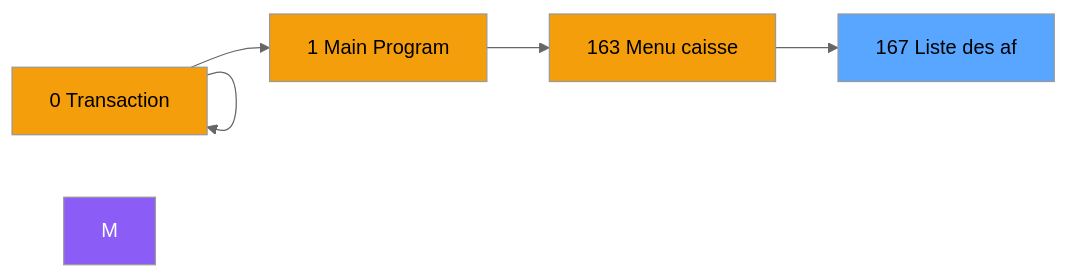
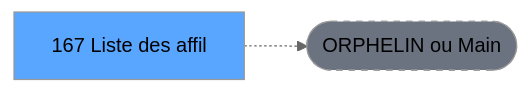
The second of 3 diagrams in .openspec/renders/ADH-IDE-167.md (thonyAGP/lecteur-magic), drawn with Mermaid (neutral theme) before and after one commit. The commit also changed other lines of this file and 701 other files, not shown here.

````diff
--- a/.openspec/renders/ADH-IDE-167.md
+++ b/.openspec/renders/ADH-IDE-167.md
@@ -123,21 +118,8 @@
 ```mermaid
 graph LR
-    N0[0 Transaction ]
-    N0[0 Transferts]
-    N0[0 Transaction ]
-    N1[1 Main Program]
-    N163[163 Menu caisse ]
-    T[167 Liste des af]
-    N0 --> N0
-    N0 --> N0
-    N0 --> N1
-    N1 --> N163
-    N163 --> T
-    style M fill:#8b5cf6,color:#fff
-    style N0 fill:#f59e0b
-    style N0 fill:#f59e0b
-    style N0 fill:#f59e0b
-    style N1 fill:#f59e0b
-    style N163 fill:#f59e0b
+    T[167 Liste des affil]
+    ORPHAN([ORPHELIN ou Main])
+    T -.-> ORPHAN
     style T fill:#58a6ff,color:#000
+    style ORPHAN fill:#6b7280,stroke-dasharray: 5 5
 ```
````
